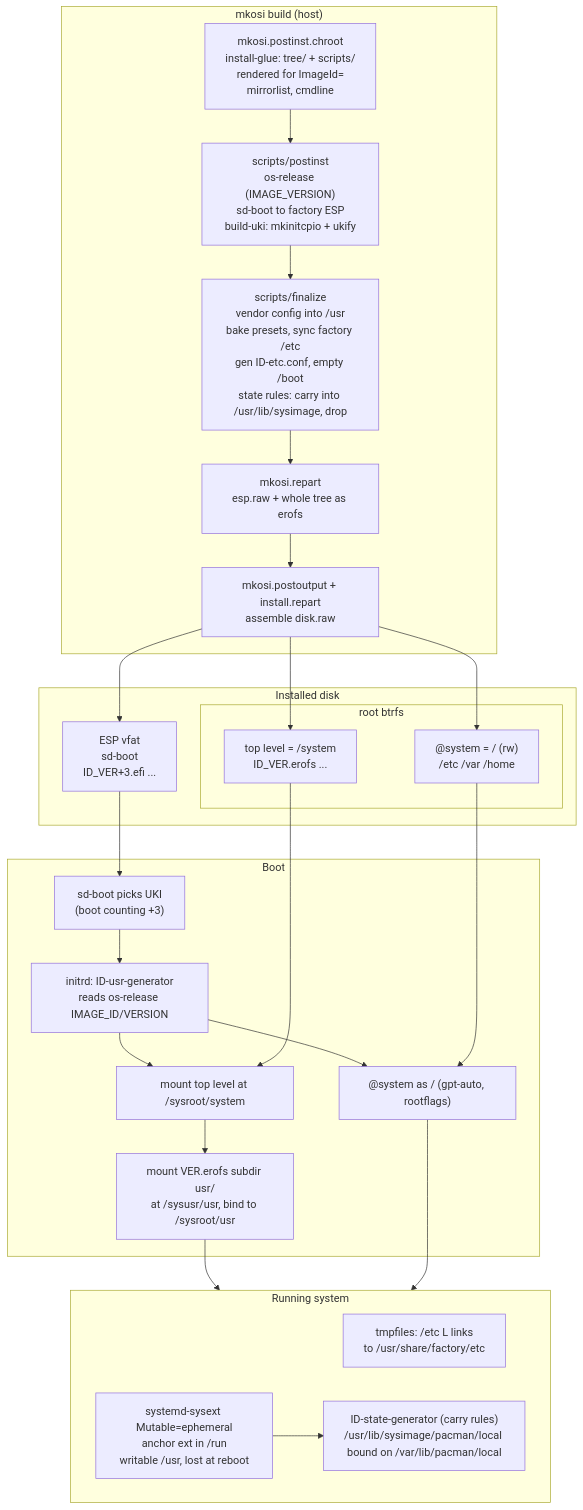
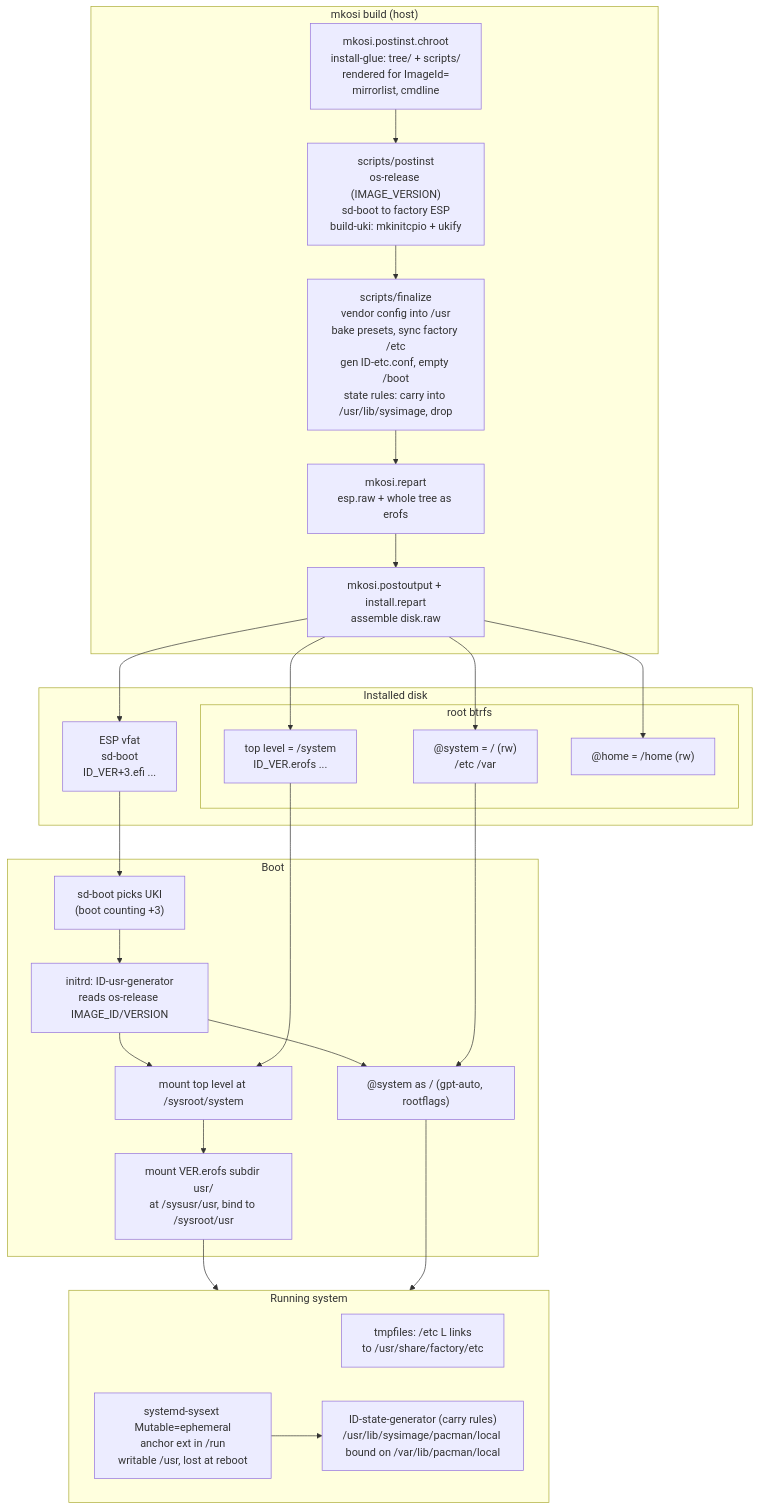
Before and after one commit to h8d13/caeoma: the first of 2 diagrams in docs/DESIGN.md, drawn with Mermaid. The commit also changed 5 other files, not shown here.

````diff
--- a/docs/DESIGN.md
+++ b/docs/DESIGN.md
@@ -7,47 +7,49 @@
 ```mermaid
 flowchart TD
 	subgraph BUILD["mkosi build (host)"]
 		P["mkosi.postinst.chroot<br/>install-glue: tree/ + scripts/<br/>rendered for ImageId=<br/>mirrorlist, cmdline"]
 		PI["scripts/postinst<br/>os-release (IMAGE_VERSION)<br/>sd-boot to factory ESP<br/>build-uki: mkinitcpio + ukify"]
 		F["scripts/finalize<br/>vendor config into /usr<br/>bake presets, sync factory /etc<br/>gen ID-etc.conf, empty /boot<br/>state rules: carry into /usr/lib/sysimage, drop"]
 		R["mkosi.repart<br/>esp.raw + whole tree as erofs"]
 		PO["mkosi.postoutput + install.repart<br/>assemble disk.raw"]
 		P --> PI --> F --> R --> PO
 	end
 
 	subgraph DISK["Installed disk"]
 		ESP["ESP vfat<br/>sd-boot<br/>ID_VER+3.efi ..."]
 		subgraph BTRFS["root btrfs"]
 			TOP["top level = /system<br/>ID_VER.erofs ..."]
-			SYS["@system = / (rw)<br/>/etc /var /home"]
+			SYS["@system = / (rw)<br/>/etc /var"]
+			HOME["@home = /home (rw)"]
 		end
 	end
 
 	PO --> ESP
 	PO --> TOP
 	PO --> SYS
+	PO --> HOME
 
 	subgraph BOOT["Boot"]
 		SB["sd-boot picks UKI<br/>(boot counting +3)"]
 		GEN["initrd: ID-usr-generator<br/>reads os-release IMAGE_ID/VERSION"]
 		M1["mount top level at /sysroot/system"]
 		M2["mount VER.erofs subdir usr/<br/>at /sysusr/usr, bind to /sysroot/usr"]
 		ROOT["@system as / (gpt-auto, rootflags)"]
 		SB --> GEN --> M1 --> M2
 		GEN --> ROOT
 	end
 
 	ESP --> SB
 	TOP --> M1
 	SYS --> ROOT
 
 	subgraph RUN["Running system"]
 		ETC["tmpfiles: /etc L links<br/>to /usr/share/factory/etc"]
 		PAC["ID-state-generator (carry rules)<br/>/usr/lib/sysimage/pacman/local bound on /var/lib/pacman/local"]
 		SX["systemd-sysext Mutable=ephemeral<br/>anchor ext in /run<br/>writable /usr, lost at reboot"]
 		SX --> PAC
 	end
 
 	M2 --> RUN
 	ROOT --> RUN
 ```
````
